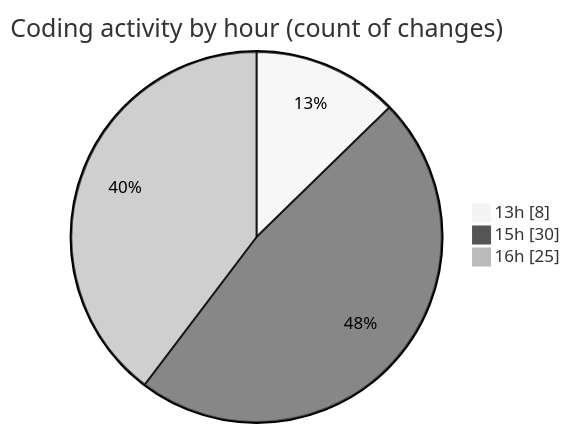
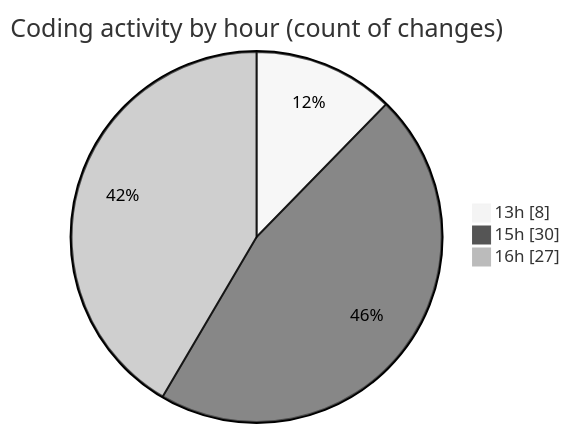
One commit to nxtqubesakshisongat/code-tracking changed the second of 2 diagrams in 2025-04-08/nxtqube_webapp/README.md. Above: the diagram before and after it, drawn with Mermaid (neutral theme). The commit also changed other lines of this file and 1 other file, not shown here.

````diff
--- a/2025-04-08/nxtqube_webapp/README.md
+++ b/2025-04-08/nxtqube_webapp/README.md
@@ -30,7 +30,7 @@
 ```mermaid
 pie showData
 title Coding activity by hour (count of changes)
 "13h" : 8
 "15h" : 30
-"16h" : 25
+"16h" : 27
 ```
````
